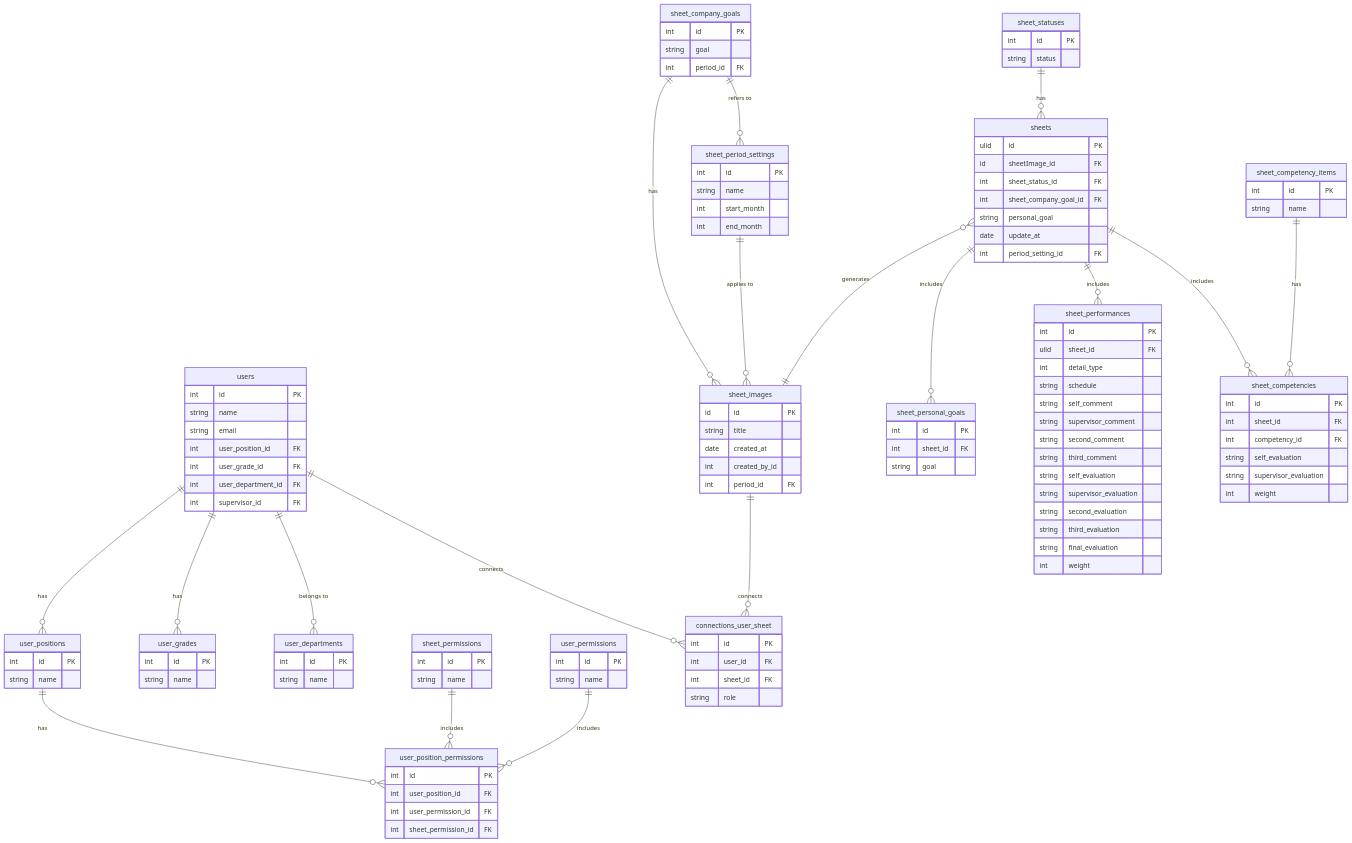
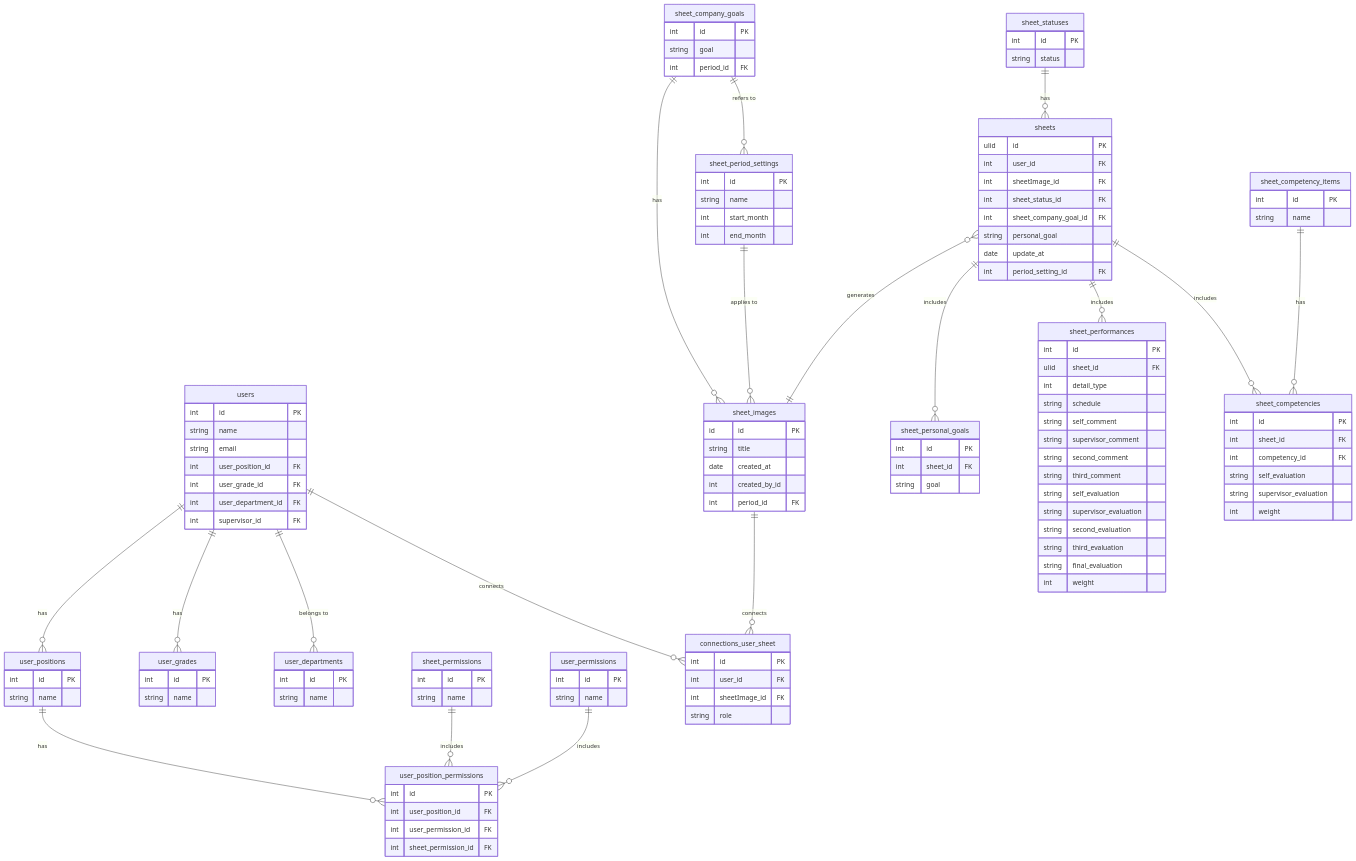
Before and after one commit to kunitomosaori/nigiwaiHR: the diagram in dio/ERdiagram.md, drawn with Mermaid. The commit also changed 9 other files, not shown here.

```diff
--- a/dio/ERdiagram.md
+++ b/dio/ERdiagram.md
@@ -46,7 +46,7 @@
     connections_user_sheet {
         int id PK
         int user_id FK
-        int sheet_id FK
+        int sheetImage_id FK
         string role
         %% 評価者か被評価者かを識別
     }
@@ -61,7 +61,8 @@
 
     sheets {
         ulid id PK
-        id sheetImage_id FK
+        int user_id FK
+        int sheetImage_id FK
         int sheet_status_id FK
         int sheet_company_goal_id FK
         string personal_goal
```
